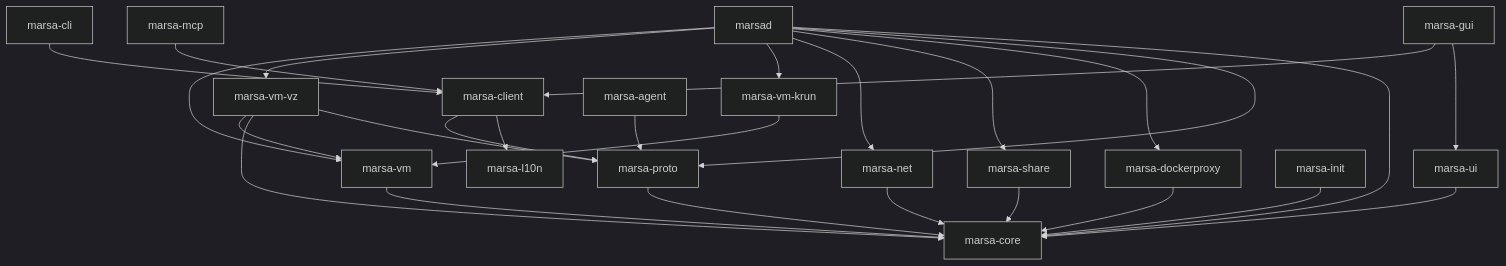
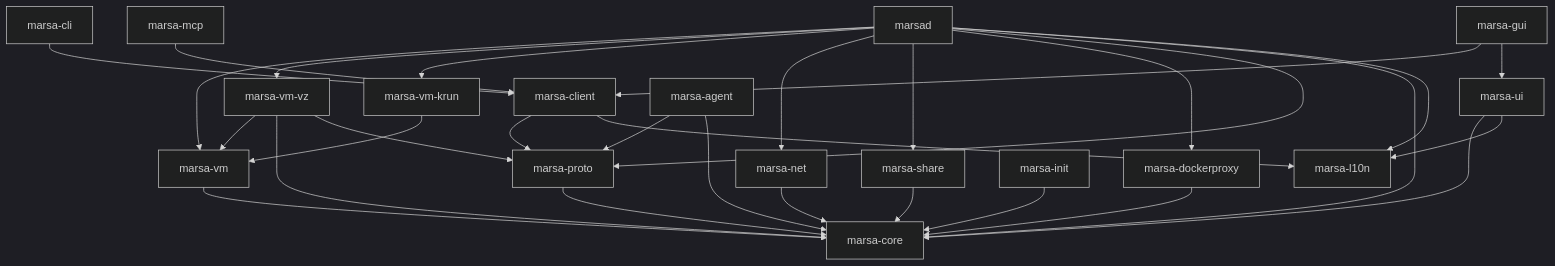
One commit to nasraldin/marsa changed the fifth of 5 diagrams in docs/02-architecture-overview.md. Above: the diagram before and after it, drawn with Mermaid (dark theme). The commit also changed other lines of this file, not shown here.

Commit message:
M0-01: reconcile the architecture diagram with workspace dependencies

````diff
--- a/docs/02-architecture-overview.md
+++ b/docs/02-architecture-overview.md
@@ -210,47 +210,50 @@
 ```mermaid
 flowchart TD
     core["marsa-core"]
     proto["marsa-proto"]
     vm["marsa-vm"]
     vz["marsa-vm-vz"]
     krun["marsa-vm-krun"]
     net["marsa-net"]
     share["marsa-share"]
     dproxy["marsa-dockerproxy"]
     d["marsad"]
     l10n["marsa-l10n"]
     client["marsa-client"]
     cli["marsa-cli"]
     mcp["marsa-mcp"]
     ui["marsa-ui"]
     gui["marsa-gui"]
     agent["marsa-agent"]
     init["marsa-init"]
 
     proto --> core
     vm --> core
     vz --> vm
     vz --> core
     vz --> proto
     krun --> vm
     net --> core
     share --> core
     dproxy --> core
     d --> vm
     d --> vz
     d --> krun
     d --> net
     d --> share
     d --> dproxy
     d --> proto
     d --> core
+    d --> l10n
     client --> proto
     client --> l10n
     cli --> client
     mcp --> client
     gui --> client
     gui --> ui
     ui --> core
+    ui --> l10n
     agent --> proto
+    agent --> core
     init --> core
 ```
````
